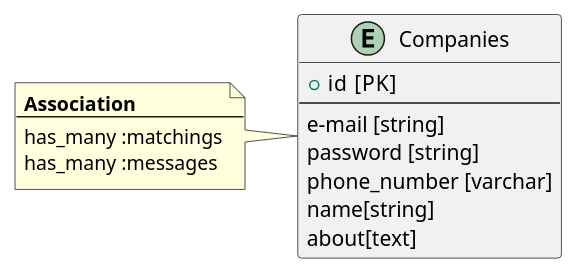
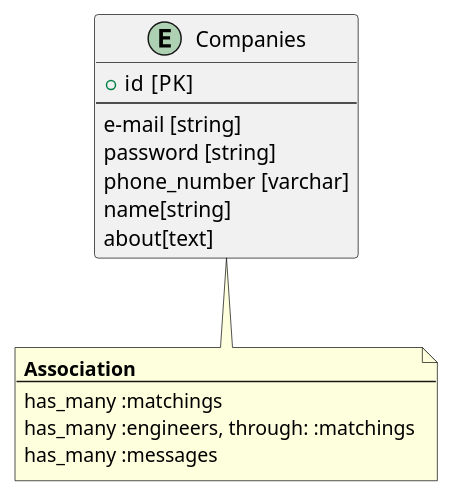
One commit to Error4577/skillmatch-03 changed the diagram in plantuml/tables/company.pu. Above: the diagram before and after it, drawn with PlantUML. The commit also changed 1 other file, not shown here.

```diff
--- a/plantuml/tables/company.pu
+++ b/plantuml/tables/company.pu
@@ -1,20 +1,21 @@
 @startuml company
 
 entity "Companies" as company {
   +id  [PK]
   --
   e-mail [string]
   password [string]
   phone_number [varchar]
   name[string]
   about[text]
 }
 
-note left
+note bottom
   **Association**
   --
   has_many :matchings
+  has_many :engineers, through: :matchings
   has_many :messages
 end note
 
 @enduml
```
